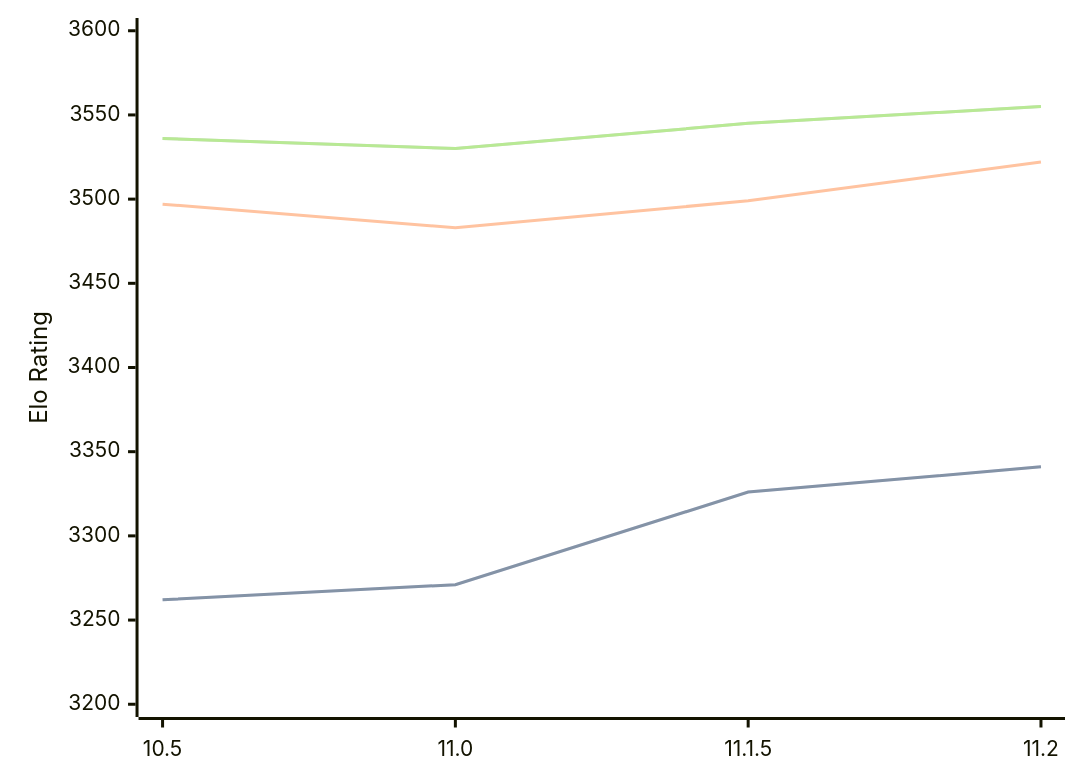
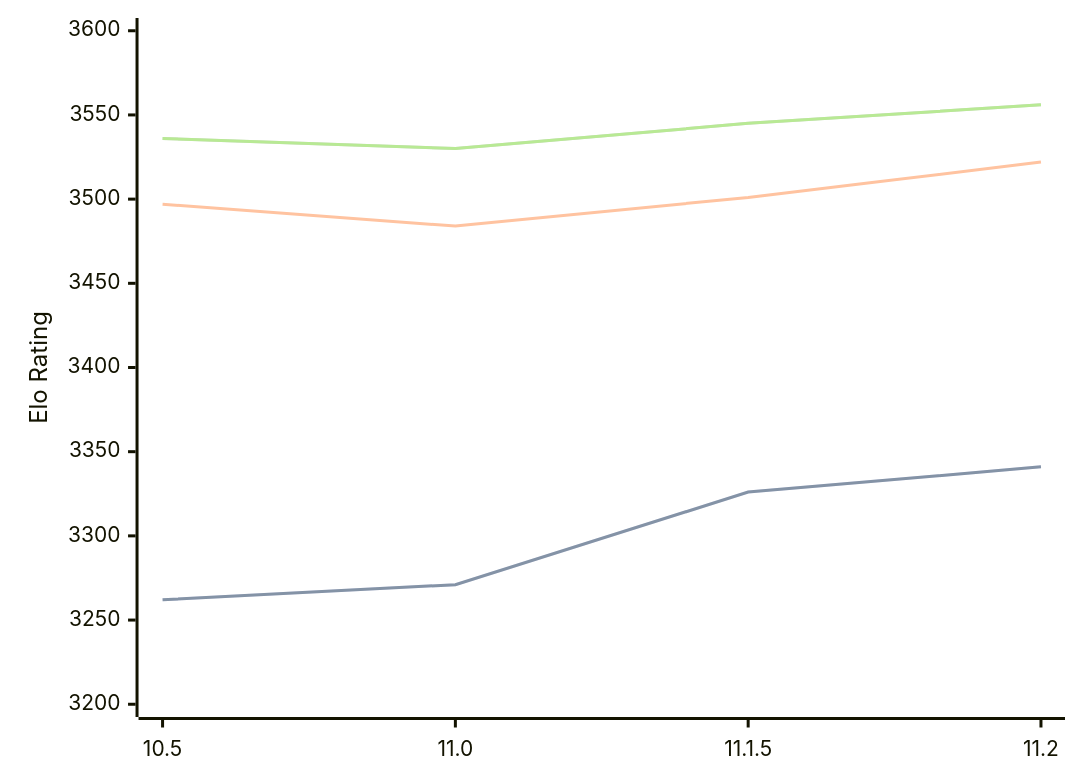
The diagram in engines/Lizard.md (computer-chess-index/cci), drawn with Mermaid before and after one commit. The commit also changed other lines of this file, not shown here.

Commit message:
Update CCI Ratings (ELO VLTC) - 2026-02-21

````diff
--- a/engines/Lizard.md
+++ b/engines/Lizard.md
@@ -43,11 +43,11 @@
 ```mermaid
 %%{init: {"theme":"base","themeVariables":{"seriesColors:['#a3a3a3','#222221','#faa371']}}}%%
 xychart-beta
   x-axis ["10.5", "11.0", "11.1.5", "11.2"]
   y-axis "Elo Rating" 3200 --> 3600
   line "STC (8.0+0.08s)" [3262, 3271, 3326, 3341]
   line "STC (8.0+0.08s)" [3262, 3271, 3326, 3341]
-  line "LTC (60.0+0.60s)" [3497, 3483, 3499, 3522]
-  line "VLTC (2m24s+1.12s)" [3536, 3530, 3545, 3555]
-  line "VLTC (2m24s+1.12s)" [3536, 3530, 3545, 3555]
+  line "LTC (60.0+0.60s)" [3497, 3484, 3501, 3522]
+  line "VLTC (2m24s+1.12s)" [3536, 3530, 3545, 3556]
+  line "VLTC (2m24s+1.12s)" [3536, 3530, 3545, 3556]
 ```
````
